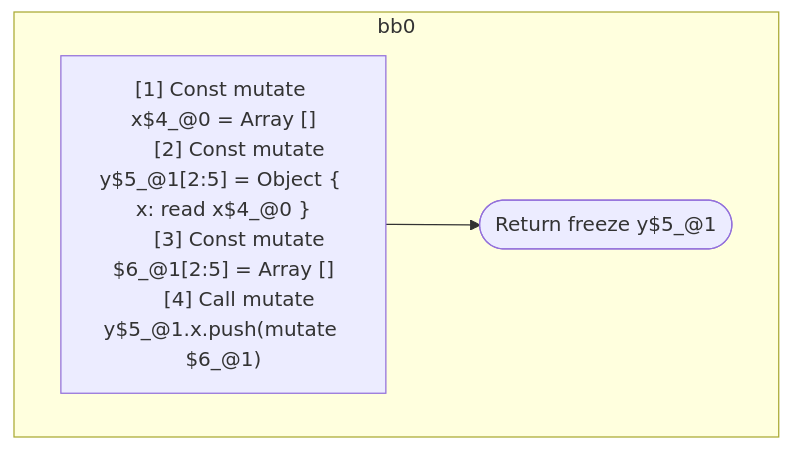
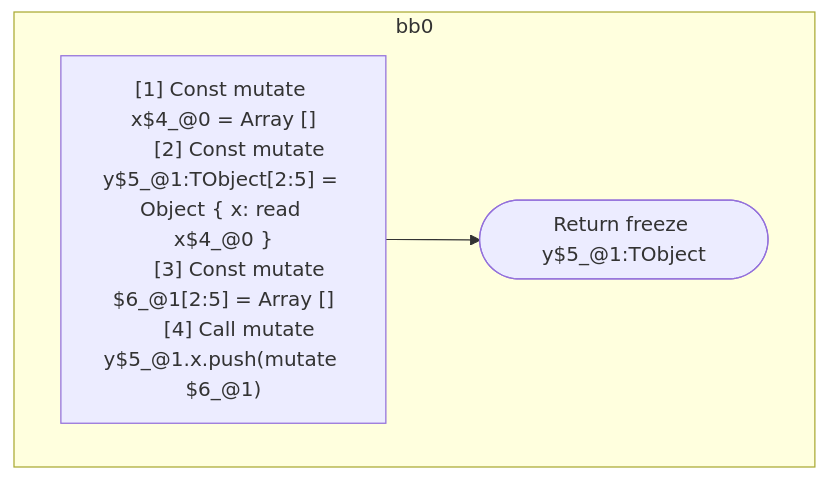
The diagram in compiler/forget/src/__tests__/fixtures/hir/ssa-property-call.expect.md (wutsmog/private), drawn with Mermaid before and after one commit. The commit also changed other lines of this file and 112 other files, not shown here.

````diff
--- a/compiler/forget/src/__tests__/fixtures/hir/ssa-property-call.expect.md
+++ b/compiler/forget/src/__tests__/fixtures/hir/ssa-property-call.expect.md
@@ -47,16 +47,16 @@
 ```mermaid
 flowchart TB
   %% Basic Blocks
   subgraph bb0
     bb0_instrs["
       [1] Const mutate x$4_@0 = Array []
-      [2] Const mutate y$5_@1[2:5] = Object { x: read x$4_@0 }
+      [2] Const mutate y$5_@1:TObject[2:5] = Object { x: read x$4_@0 }
       [3] Const mutate $6_@1[2:5] = Array []
       [4] Call mutate y$5_@1.x.push(mutate $6_@1)
     "]
-    bb0_instrs --> bb0_terminal(["Return freeze y$5_@1"])
+    bb0_instrs --> bb0_terminal(["Return freeze y$5_@1:TObject"])
   end
 
   %% Jumps
   %% empty
 ```
````
